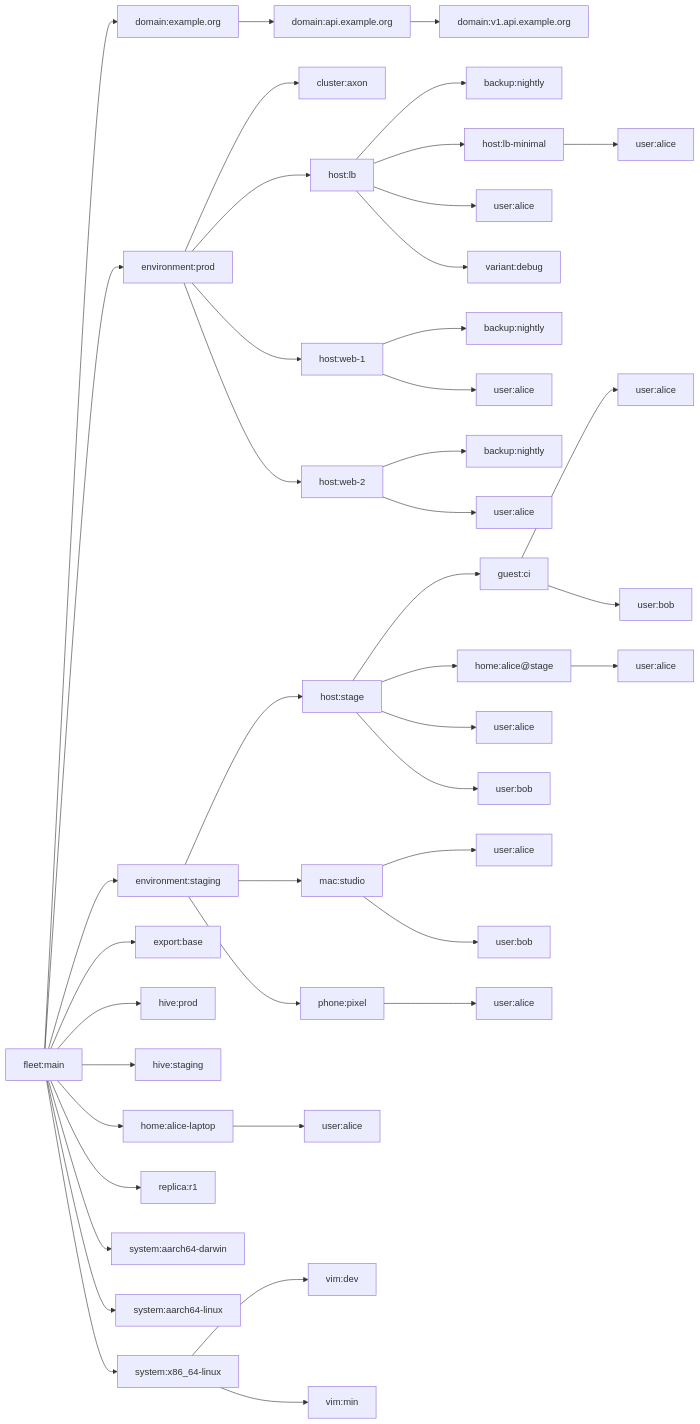
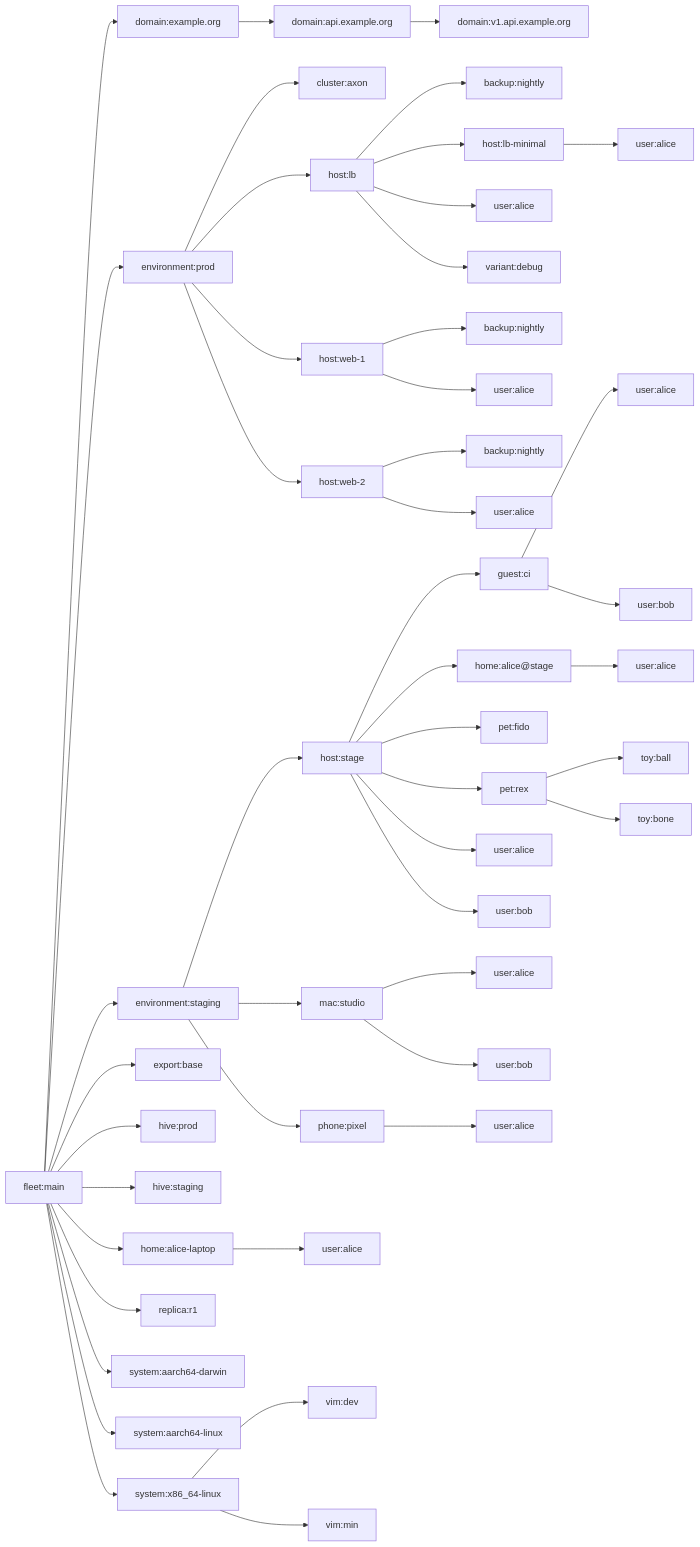
One commit to sini/sven changed the diagram in templates/fleet/README.md. Above: the diagram before and after it, drawn with Mermaid. The commit also changed other lines of this file and 1 other file, not shown here.

```diff
--- a/templates/fleet/README.md
+++ b/templates/fleet/README.md
@@ -360,6 +380,10 @@
   scb25ae93["user:bob"]
   sc323d023["home:alice@stage"]
   sdcbb6559["user:alice"]
+  s9dc85016["pet:fido"]
+  sbb628669["pet:rex"]
+  s6a2516ba["toy:ball"]
+  s266ef398["toy:bone"]
   sd081aeb7["user:alice"]
   s22a49c85["user:bob"]
   s2ed910d1["mac:studio"]
@@ -402,6 +426,10 @@
   s6c189246 --> scb25ae93
   s6d0ac6bd --> sc323d023
   sc323d023 --> sdcbb6559
+  s6d0ac6bd --> s9dc85016
+  s6d0ac6bd --> sbb628669
+  sbb628669 --> s6a2516ba
+  sbb628669 --> s266ef398
   s6d0ac6bd --> sd081aeb7
   s6d0ac6bd --> s22a49c85
   s6a423160 --> s2ed910d1
```
